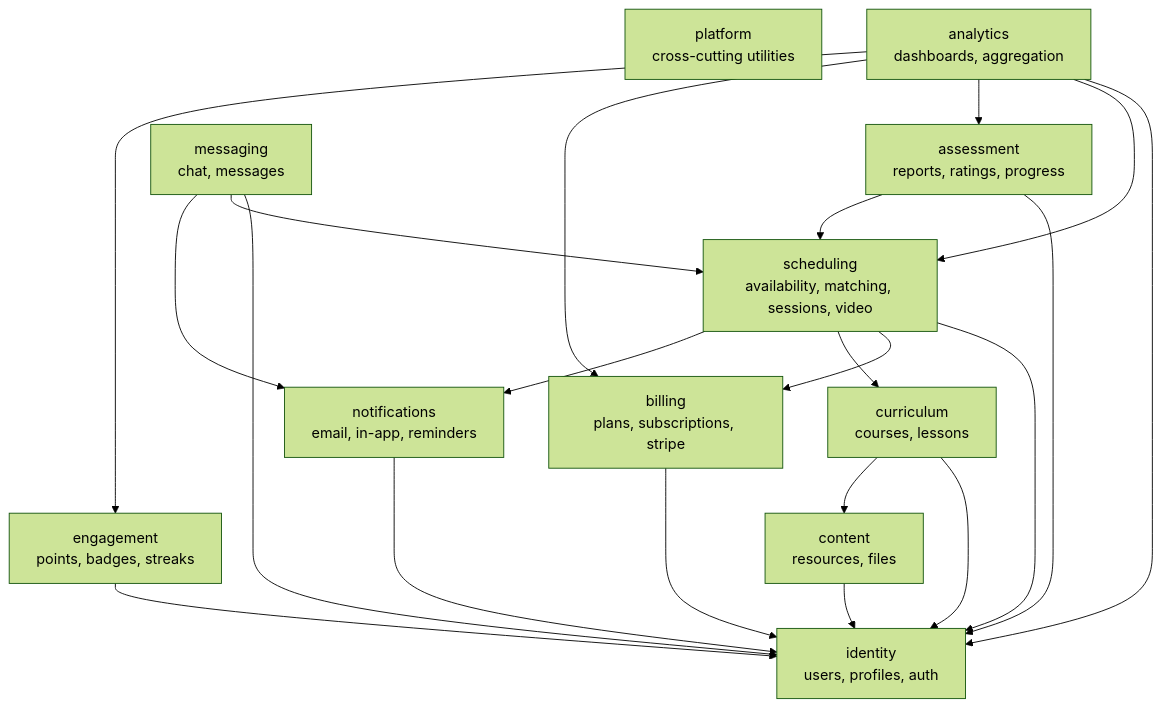
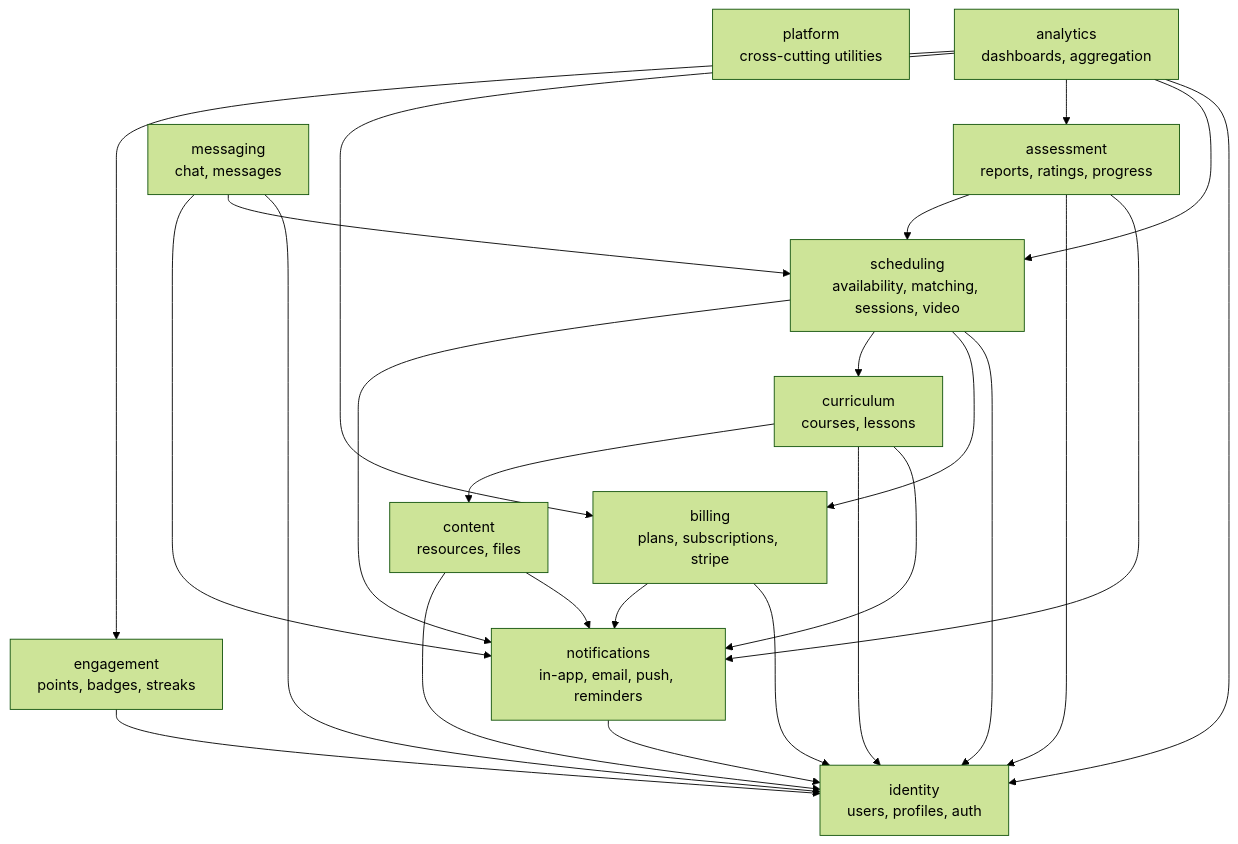
The diagram in docs/architecture/overview.md (kaleem-lms/Kaleem), drawn with Mermaid (forest theme) before and after one commit. The commit also changed 4 other files, not shown here.

Commit message:
docs(notifications): ADR-0059, the architecture doc, and the spec as built

````diff
--- a/docs/architecture/overview.md
+++ b/docs/architecture/overview.md
@@ -5,36 +5,40 @@
 ```mermaid
 graph TD
     platform[platform<br/>cross-cutting utilities]
 
     identity[identity<br/>users, profiles, auth]
     billing[billing<br/>plans, subscriptions, stripe]
     scheduling[scheduling<br/>availability, matching, sessions, video]
     assessment[assessment<br/>reports, ratings, progress]
     curriculum[curriculum<br/>courses, lessons]
     content[content<br/>resources, files]
     messaging[messaging<br/>chat, messages]
-    notifications[notifications<br/>email, in-app, reminders]
+    notifications[notifications<br/>in-app, email, push, reminders]
     engagement[engagement<br/>points, badges, streaks]
     analytics[analytics<br/>dashboards, aggregation]
 
     scheduling --> identity
     scheduling --> billing
     scheduling --> curriculum
     scheduling --> notifications
     billing --> identity
+    billing --> notifications
+    assessment --> notifications
+    curriculum --> notifications
+    content --> notifications
     assessment --> identity
     assessment --> scheduling
     curriculum --> identity
     curriculum --> content
     content --> identity
     messaging --> identity
     messaging --> scheduling
     messaging --> notifications
     notifications --> identity
     engagement --> identity
     analytics --> identity
     analytics --> scheduling
     analytics --> assessment
     analytics --> billing
     analytics --> engagement
 ```
````
